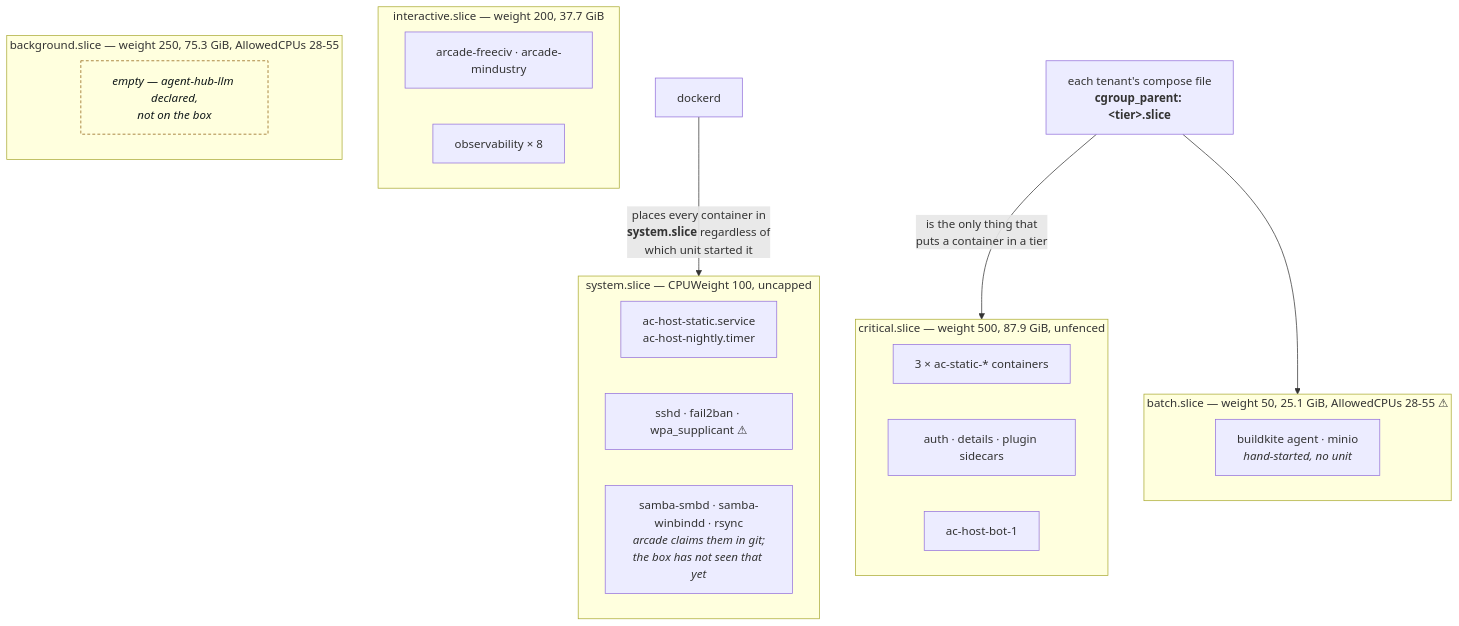
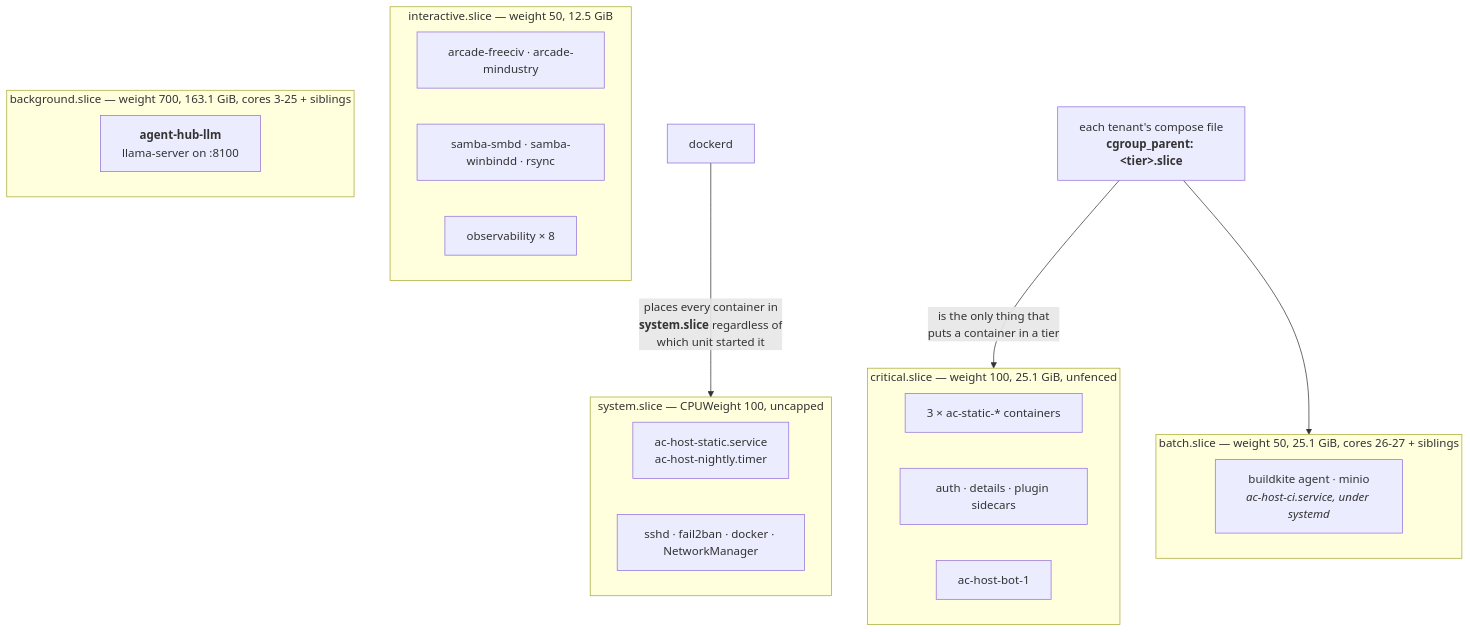
One commit to imkarrer/homelab changed the third of 5 diagrams in docs/architecture.md. Above: the diagram before and after it, drawn with Mermaid. The commit also changed other lines of this file and 1 other file, not shown here.

````diff
--- a/docs/architecture.md
+++ b/docs/architecture.md
@@ -105,30 +110,28 @@
 ```mermaid
 flowchart TB
     subgraph SYS ["system.slice — CPUWeight 100, uncapped"]
         S1["ac-host-static.service<br/>ac-host-nightly.timer"]
-        S2["sshd · fail2ban · wpa_supplicant ⚠"]
-        S3["samba-smbd · samba-winbindd · rsync<br/><i>arcade claims them in git;<br/>the box has not seen that yet</i>"]
+        S2["sshd · fail2ban · docker · NetworkManager"]
     end
-    subgraph CRIT ["critical.slice — weight 500, 87.9 GiB, unfenced"]
+    subgraph CRIT ["critical.slice — weight 100, 25.1 GiB, unfenced"]
         C1["3 × ac-static-* containers"]
         C2["auth · details · plugin sidecars"]
         C3["ac-host-bot-1"]
     end
-    subgraph INT ["interactive.slice — weight 200, 37.7 GiB"]
+    subgraph INT ["interactive.slice — weight 50, 12.5 GiB"]
         I1["arcade-freeciv · arcade-mindustry"]
+        I2["samba-smbd · samba-winbindd · rsync"]
         I3["observability × 8"]
     end
-    subgraph BG ["background.slice — weight 250, 75.3 GiB, AllowedCPUs 28-55"]
-        G1["<i>empty — agent-hub-llm declared,<br/>not on the box</i>"]
+    subgraph BG ["background.slice — weight 700, 163.1 GiB, cores 3-25 + siblings"]
+        G1["<b>agent-hub-llm</b><br/>llama-server on :8100"]
     end
-    subgraph BAT ["batch.slice — weight 50, 25.1 GiB, AllowedCPUs 28-55 ⚠"]
-        T1["buildkite agent · minio<br/><i>hand-started, no unit</i>"]
+    subgraph BAT ["batch.slice — weight 50, 25.1 GiB, cores 26-27 + siblings"]
+        T1["buildkite agent · minio<br/><i>ac-host-ci.service, under systemd</i>"]
     end
 
     DOCKER["dockerd"] -- "places every container in<br/><b>system.slice</b> regardless of<br/>which unit started it" --> SYS
     COMPOSE["each tenant's compose file<br/><b>cgroup_parent: &lt;tier&gt;.slice</b>"] -- "is the only thing that<br/>puts a container in a tier" --> CRIT
     COMPOSE --> BAT
 
-    classDef empty fill:none,stroke:#8d5c0c,stroke-dasharray:4 3,color:#101819;
-    class G1 empty;
 ```
````
